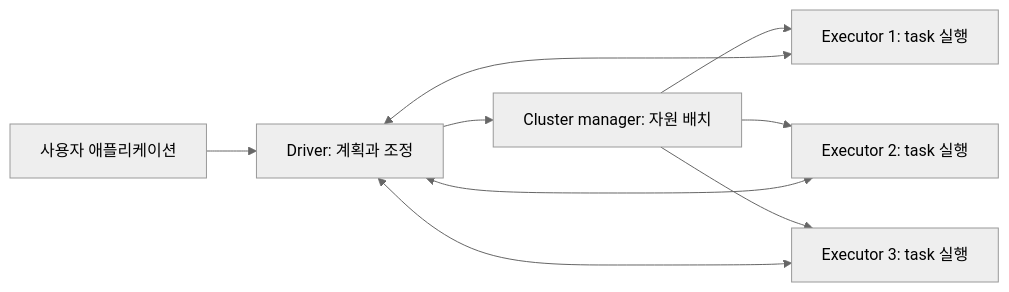
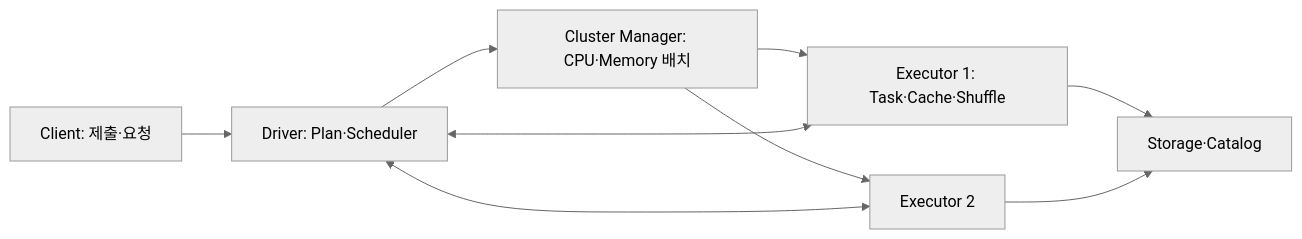
The first of 2 diagrams in learning/apache-spark/10-deployment-and-connect.md (mj006648/netai-devsecops-runbook), drawn with Mermaid (neutral theme) before and after one commit. The commit also changed other lines of this file and 68 other files, not shown here.

````diff
--- a/learning/apache-spark/10-deployment-and-connect.md
+++ b/learning/apache-spark/10-deployment-and-connect.md
@@ -30,11 +21,11 @@
-```mermaid
+~~~mermaid
 flowchart LR
-    A["사용자 애플리케이션"] --> D["Driver: 계획과 조정"]
-    D --> M["Cluster manager: 자원 배치"]
-    M --> E1["Executor 1: task 실행"]
-    M --> E2["Executor 2: task 실행"]
-    M --> E3["Executor 3: task 실행"]
+    C["Client: 제출·요청"] --> D["Driver: Plan·Scheduler"]
+    D --> M["Cluster Manager: CPU·Memory 배치"]
+    M --> E1["Executor 1: Task·Cache·Shuffle"]
+    M --> E2["Executor 2"]
     D <--> E1
     D <--> E2
-    D <--> E3
-```
+    E1 --> S["Storage·Catalog"]
+    E2 --> S
+~~~
````
